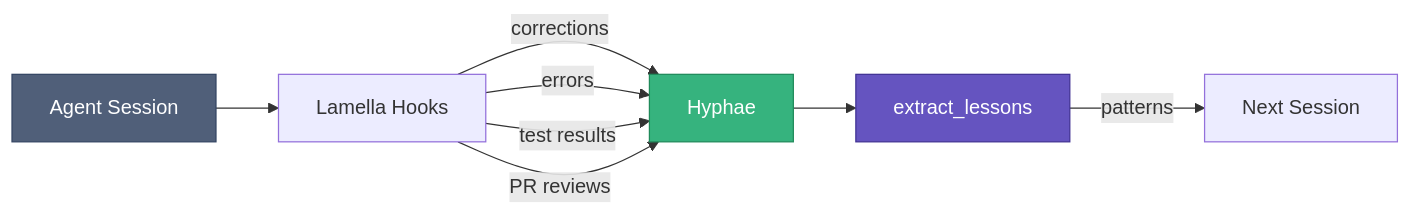
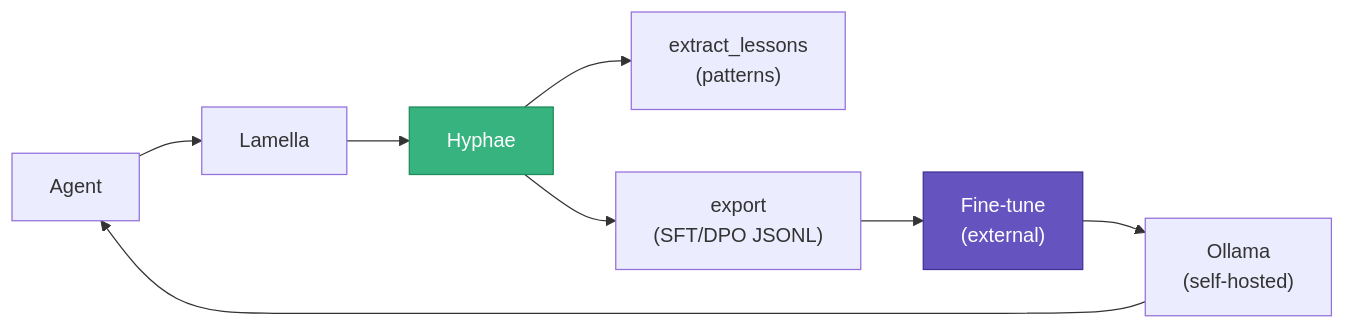
Before and after one commit to basidiocarp/.github: the third of 4 diagrams in profile/README.md, drawn with Mermaid. The commit also changed other lines of this file, not shown here.

````diff
--- a/profile/README.md
+++ b/profile/README.md
@@ -114,14 +107,12 @@
 ```mermaid
 flowchart LR
-    Session["Agent Session"] --> Hooks["Lamella Hooks"]
-    Hooks --> |"corrections"| H["Hyphae"]
-    Hooks --> |"errors"| H
-    Hooks --> |"test results"| H
-    Hooks --> |"PR reviews"| H
-    H --> Lessons["extract_lessons"]
-    Lessons --> |"patterns"| Agent["Next Session"]
+    Session["Agent"] --> Hooks["Lamella"] --> H["Hyphae"]
+    H --> Lessons["extract_lessons<br/>(patterns)"]
+    H --> Export["export<br/>(SFT/DPO JSONL)"]
+    Export --> FT["Fine-tune<br/>(external)"]
+    FT --> Serve["Ollama<br/>(self-hosted)"]
+    Serve --> Session
 
-    style Session fill:#505f79,stroke:#344563,color:#fff
     style H fill:#36b37e,stroke:#1f8a5a,color:#fff
-    style Lessons fill:#6554c0,stroke:#403294,color:#fff
+    style FT fill:#6554c0,stroke:#403294,color:#fff
 ```
````
